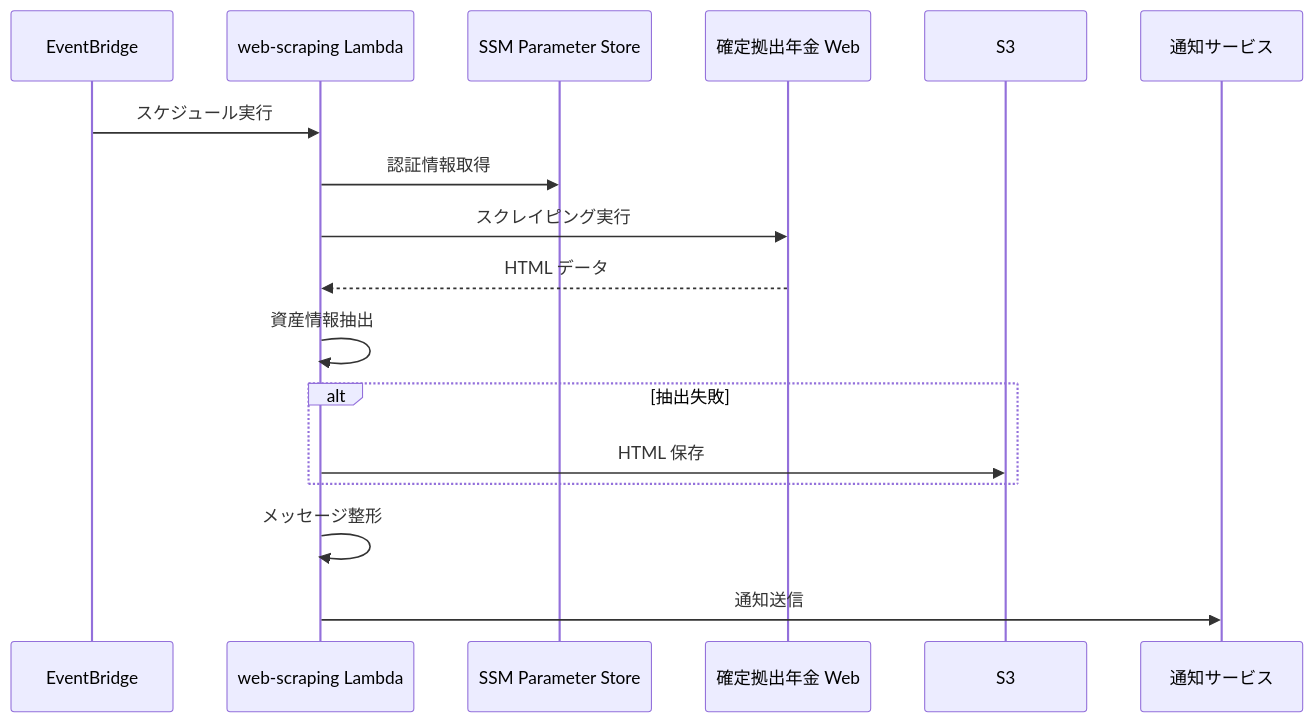
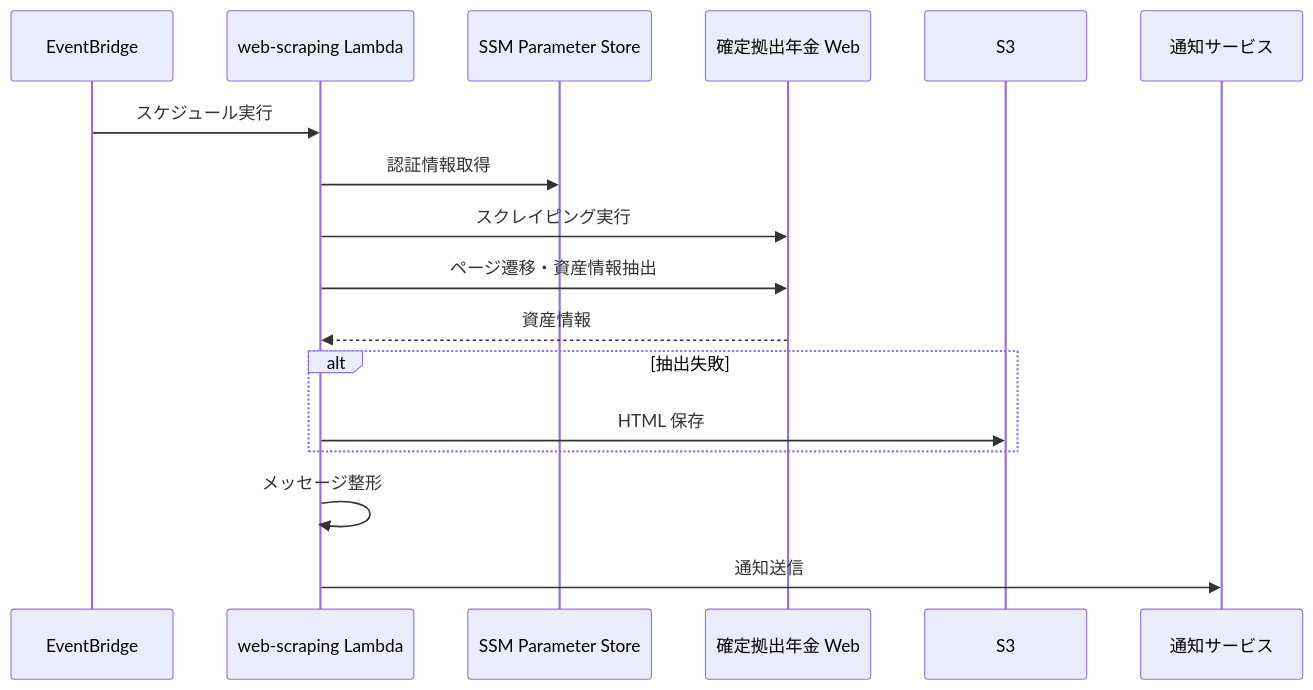
The first of 2 diagrams in docs/functional-design.md (kamaD-y/dcp-ops-monitor), drawn with Mermaid before and after one commit. The commit also changed other lines of this file, not shown here.

````diff
--- a/docs/functional-design.md
+++ b/docs/functional-design.md
@@ -17,20 +17,20 @@
 ```mermaid
 sequenceDiagram
     participant EventBridge
     participant Lambda as web-scraping Lambda
     participant SSM as SSM Parameter Store
     participant Web as 確定拠出年金 Web
     participant S3
     participant Notifier as 通知サービス
 
     EventBridge->>Lambda: スケジュール実行
     Lambda->>SSM: 認証情報取得
     Lambda->>Web: スクレイピング実行
-    Web-->>Lambda: HTML データ
-    Lambda->>Lambda: 資産情報抽出
+    Lambda->>Web: ページ遷移・資産情報抽出
+    Web-->>Lambda: 資産情報
     alt 抽出失敗
         Lambda->>S3: HTML 保存
     end
     Lambda->>Lambda: メッセージ整形
     Lambda->>Notifier: 通知送信
 ```
````
